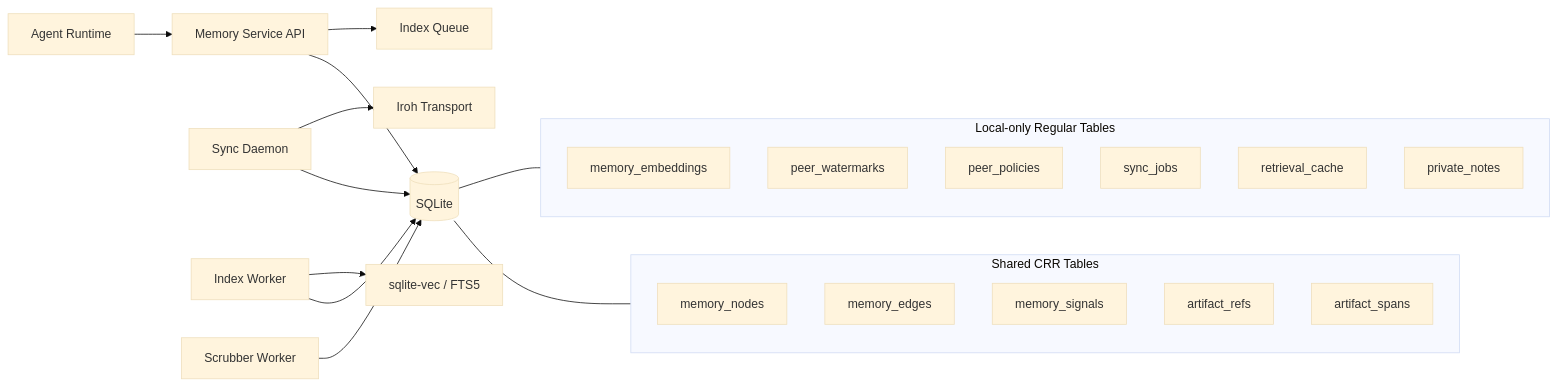
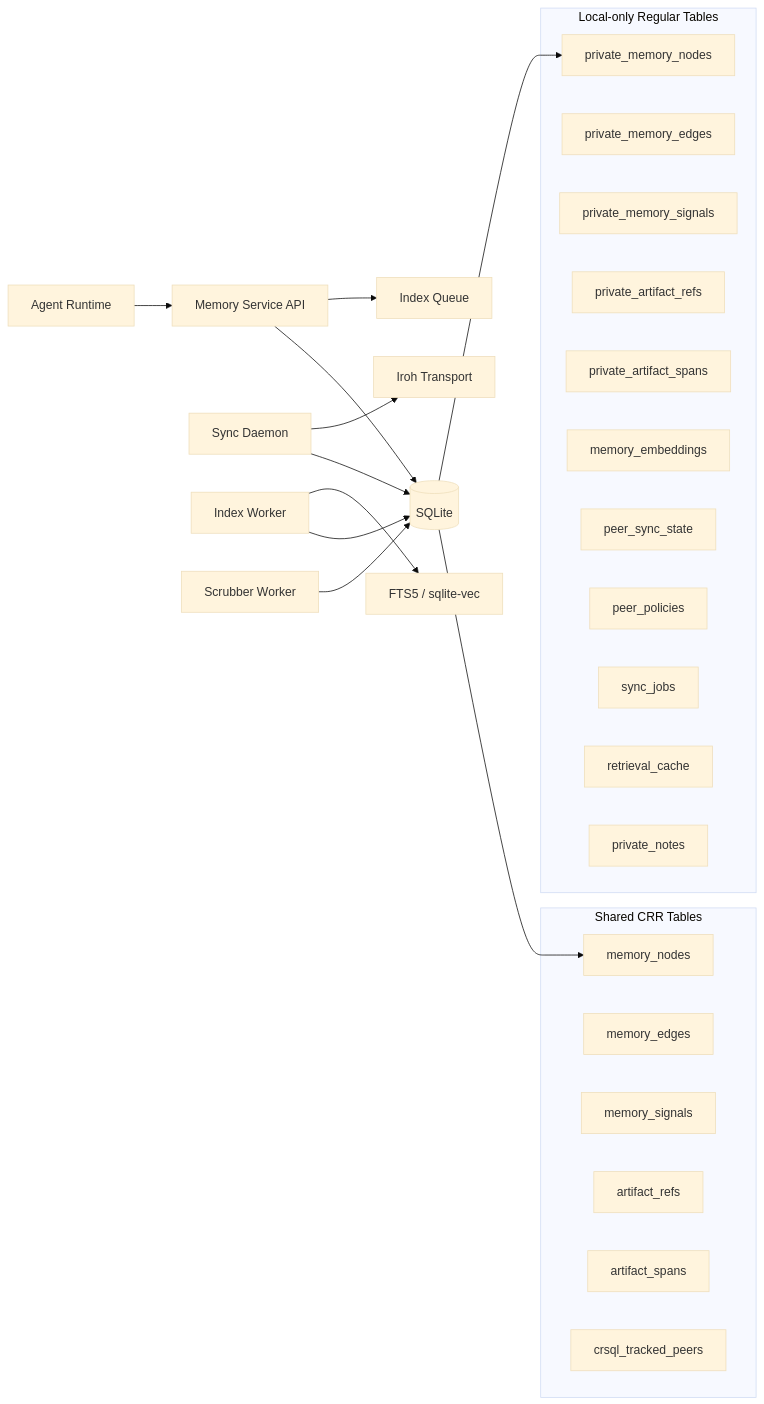
One commit to Taku315o/crdt-agent-memory changed the diagram in docs/architecture/README.md. Above: the diagram before and after it, drawn with Mermaid (base theme). The commit also changed other lines of this file and 10 other files, not shown here.

````diff
--- a/docs/architecture/README.md
+++ b/docs/architecture/README.md
@@ -30,31 +32,37 @@
 ```mermaid
 flowchart LR
     Agent[Agent Runtime] --> API[Memory Service API]
     API --> DB[(SQLite)]
     API --> IndexQ[Index Queue]
     Sync[Sync Daemon] --> DB
     Sync --> Iroh[Iroh Transport]
     IndexW[Index Worker] --> DB
-    IndexW --> VIDX[sqlite-vec / FTS5]
+    IndexW --> VIDX[FTS5 / sqlite-vec]
     Scrubber[Scrubber Worker] --> DB
 
     subgraph SharedTables[Shared CRR Tables]
         MN[memory_nodes]
         ME[memory_edges]
         MS[memory_signals]
         AR[artifact_refs]
         AS[artifact_spans]
+        TP[crsql_tracked_peers]
     end
 
     subgraph LocalTables[Local-only Regular Tables]
+        PMN[private_memory_nodes]
+        PME[private_memory_edges]
+        PMS[private_memory_signals]
+        PAR[private_artifact_refs]
+        PAS[private_artifact_spans]
         EMB[memory_embeddings]
-        PW[peer_watermarks]
+        PSM[peer_sync_state]
         PP[peer_policies]
         SJ[sync_jobs]
         RC[retrieval_cache]
-        PN[private_notes]
+        PNV[private_notes]
     end
 
-    DB --- SharedTables
-    DB --- LocalTables
+    DB --> MN
+    DB --> PMN
 ```
````
